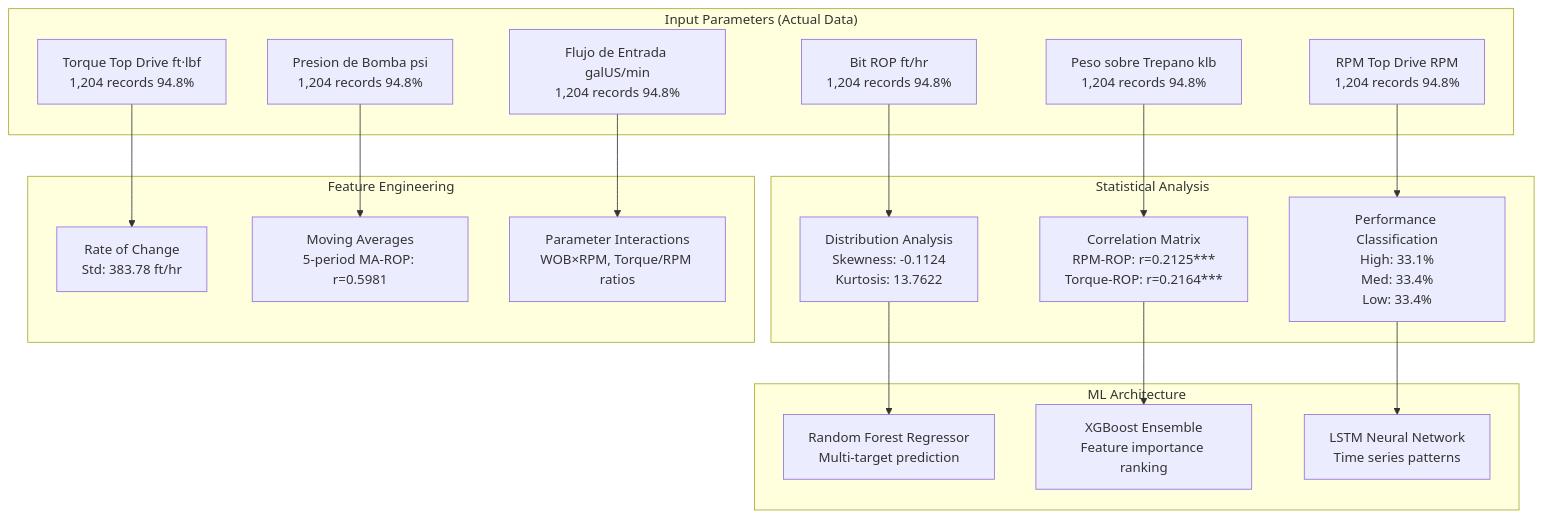
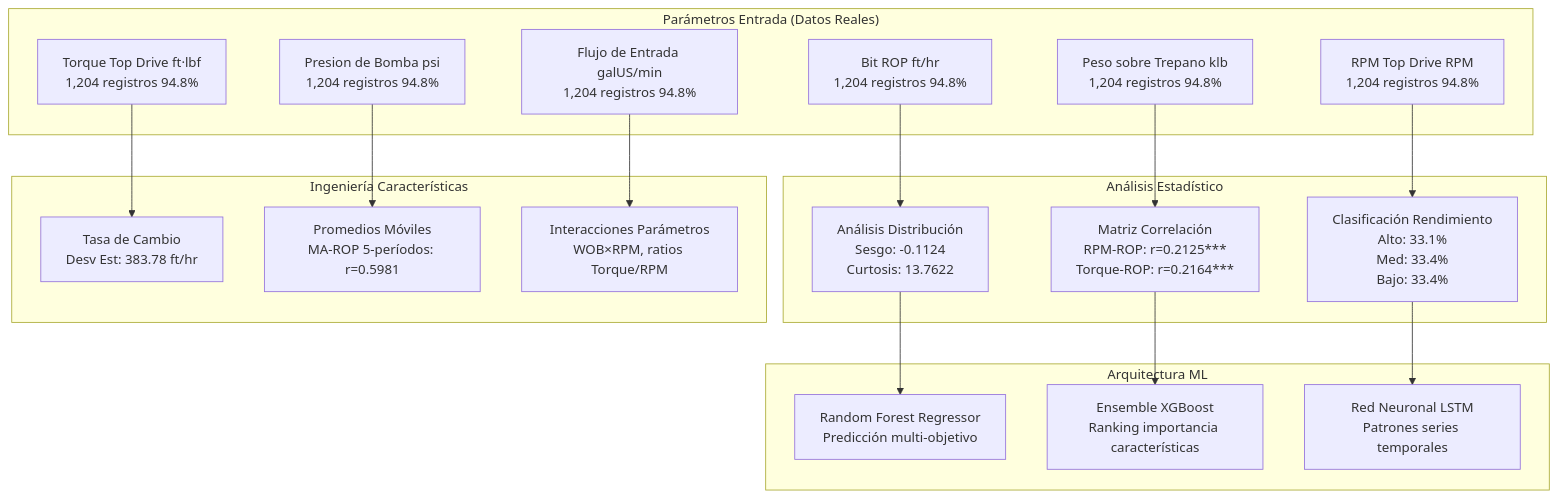
Diagram 11 of 13 in PAE_Report.md (wonder-dmercadal/PublicReports), drawn with Mermaid before and after one commit. The commit also changed other lines of this file, not shown here.

````diff
--- a/PAE_Report.md
+++ b/PAE_Report.md
@@ -186,40 +186,40 @@
 ```mermaid
 flowchart TD
-    subgraph "Input Parameters (Actual Data)"
-        A1[Bit ROP ft/hr<br/>1,204 records 94.8%]
-        A2[Peso sobre Trepano klb<br/>1,204 records 94.8%]
-        A3[RPM Top Drive RPM<br/>1,204 records 94.8%]
-        A4[Torque Top Drive ft·lbf<br/>1,204 records 94.8%]
-        A5[Presion de Bomba psi<br/>1,204 records 94.8%]
-        A6[Flujo de Entrada galUS/min<br/>1,204 records 94.8%]
+    subgraph "Parámetros Entrada (Datos Reales)"
+        A1[Bit ROP ft/hr<br/>1,204 registros 94.8%]
+        A2[Peso sobre Trepano klb<br/>1,204 registros 94.8%]
+        A3[RPM Top Drive RPM<br/>1,204 registros 94.8%]
+        A4[Torque Top Drive ft·lbf<br/>1,204 registros 94.8%]
+        A5[Presion de Bomba psi<br/>1,204 registros 94.8%]
+        A6[Flujo de Entrada galUS/min<br/>1,204 registros 94.8%]
     end
     
-    subgraph "Statistical Analysis"
-        B1[Distribution Analysis<br/>Skewness: -0.1124<br/>Kurtosis: 13.7622]
-        B2[Correlation Matrix<br/>RPM-ROP: r=0.2125***<br/>Torque-ROP: r=0.2164***]
-        B3[Performance Classification<br/>High: 33.1%<br/>Med: 33.4%<br/>Low: 33.4%]
+    subgraph "Análisis Estadístico"
+        B1[Análisis Distribución<br/>Sesgo: -0.1124<br/>Curtosis: 13.7622]
+        B2[Matriz Correlación<br/>RPM-ROP: r=0.2125***<br/>Torque-ROP: r=0.2164***]
+        B3[Clasificación Rendimiento<br/>Alto: 33.1%<br/>Med: 33.4%<br/>Bajo: 33.4%]
     end
     
-    subgraph "Feature Engineering"
-        C1[Rate of Change<br/>Std: 383.78 ft/hr]
-        C2[Moving Averages<br/>5-period MA-ROP: r=0.5981]
-        C3[Parameter Interactions<br/>WOB×RPM, Torque/RPM ratios]
+    subgraph "Ingeniería Características"
+        C1[Tasa de Cambio<br/>Desv Est: 383.78 ft/hr]
+        C2[Promedios Móviles<br/>MA-ROP 5-períodos: r=0.5981]
+        C3[Interacciones Parámetros<br/>WOB×RPM, ratios Torque/RPM]
     end
     
-    subgraph "ML Architecture"
-        D1[Random Forest Regressor<br/>Multi-target prediction]
-        D2[XGBoost Ensemble<br/>Feature importance ranking]
-        D3[LSTM Neural Network<br/>Time series patterns]
+    subgraph "Arquitectura ML"
+        D1[Random Forest Regressor<br/>Predicción multi-objetivo]
+        D2[Ensemble XGBoost<br/>Ranking importancia características]
+        D3[Red Neuronal LSTM<br/>Patrones series temporales]
     end
     
     A1 --> B1
     A2 --> B2
     A3 --> B3
     A4 --> C1
     A5 --> C2
     A6 --> C3
     
     B1 --> D1
     B2 --> D2
     B3 --> D3
 ```
````
